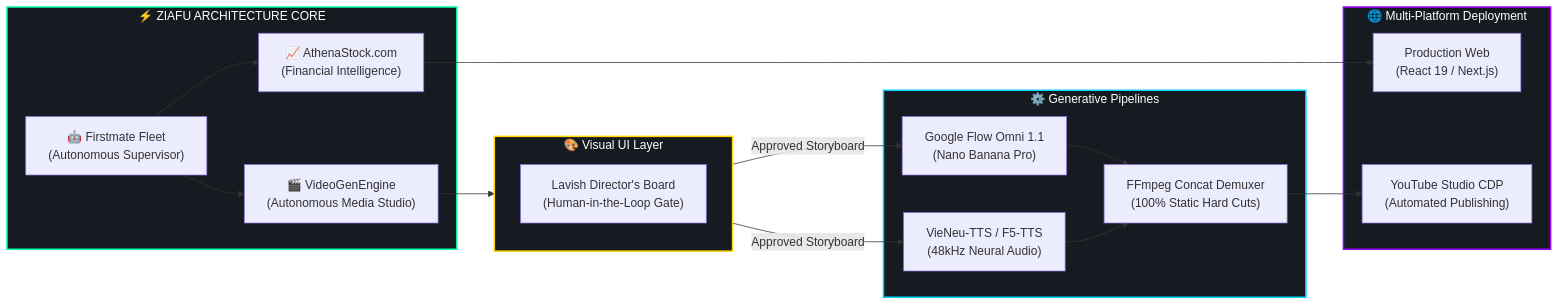
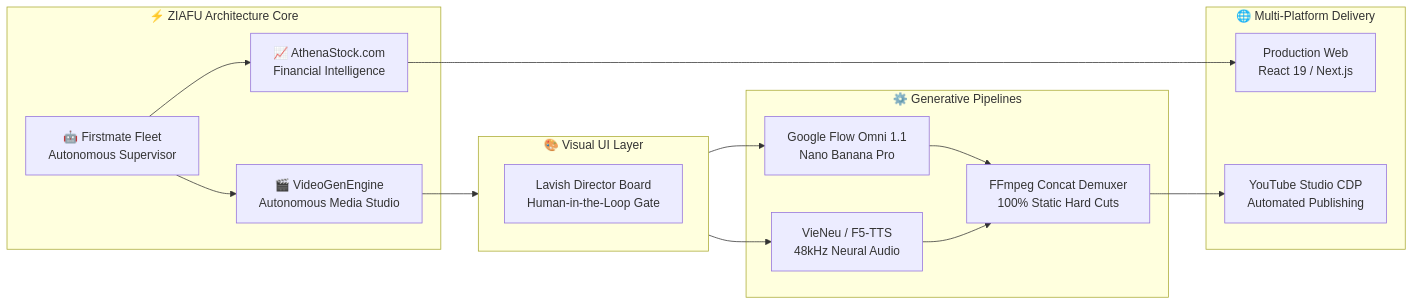
Before and after one commit to ziafu000/ziafu000: the diagram in README.md, drawn with Mermaid. The commit also changed other lines of this file, not shown here.

Commit message:
Refine profile: fix broken assets, add structured architectural pillars, replace dead stats with top-langs

````diff
--- a/README.md
+++ b/README.md
@@ -59,37 +70,33 @@
 ```mermaid
 graph LR
-    subgraph ZIAFU["⚡ ZIAFU ARCHITECTURE CORE"]
-        Supervisor["🤖 Firstmate Fleet<br/>(Autonomous Supervisor)"]
-        Production["📈 AthenaStock.com<br/>(Financial Intelligence)"]
-        Studio["🎬 VideoGenEngine<br/>(Autonomous Media Studio)"]
+    subgraph Core["⚡ ZIAFU Architecture Core"]
+        Supervisor["🤖 Firstmate Fleet<br/>Autonomous Supervisor"]
+        Production["📈 AthenaStock.com<br/>Financial Intelligence"]
+        Studio["🎬 VideoGenEngine<br/>Autonomous Media Studio"]
     end
 
     subgraph VisualGate["🎨 Visual UI Layer"]
-        Lavish["Lavish Director's Board<br/>(Human-in-the-Loop Gate)"]
+        Lavish["Lavish Director Board<br/>Human-in-the-Loop Gate"]
     end
 
     subgraph Engines["⚙️ Generative Pipelines"]
-        Flow["Google Flow Omni 1.1<br/>(Nano Banana Pro)"]
-        TTS["VieNeu-TTS / F5-TTS<br/>(48kHz Neural Audio)"]
-        FFmpeg["FFmpeg Concat Demuxer<br/>(100% Static Hard Cuts)"]
+        Flow["Google Flow Omni 1.1<br/>Nano Banana Pro"]
+        TTS["VieNeu / F5-TTS<br/>48kHz Neural Audio"]
+        FFmpeg["FFmpeg Concat Demuxer<br/>100% Static Hard Cuts"]
     end
 
-    subgraph WebDelivery["🌐 Multi-Platform Deployment"]
-        Web["Production Web<br/>(React 19 / Next.js)"]
-        YouTube["YouTube Studio CDP<br/>(Automated Publishing)"]
+    subgraph WebDelivery["🌐 Multi-Platform Delivery"]
+        Web["Production Web<br/>React 19 / Next.js"]
+        YouTube["YouTube Studio CDP<br/>Automated Publishing"]
     end
 
     Supervisor --> Studio
     Studio --> VisualGate
-    VisualGate -->|Approved Storyboard| Flow
-    VisualGate -->|Approved Storyboard| TTS
-    Flow & TTS --> FFmpeg
+    VisualGate --> Flow
+    VisualGate --> TTS
+    Flow --> FFmpeg
+    TTS --> FFmpeg
     FFmpeg --> YouTube
     Supervisor --> Production
     Production --> Web
-
-    style ZIAFU fill:#161b22,stroke:#00ff9d,stroke-width:2px,color:#fff
-    style VisualGate fill:#161b22,stroke:#ffd700,stroke-width:2px,color:#fff
-    style Engines fill:#161b22,stroke:#00d4ff,stroke-width:2px,color:#fff
-    style WebDelivery fill:#161b22,stroke:#9d00ff,stroke-width:2px,color:#fff
 ```
````
